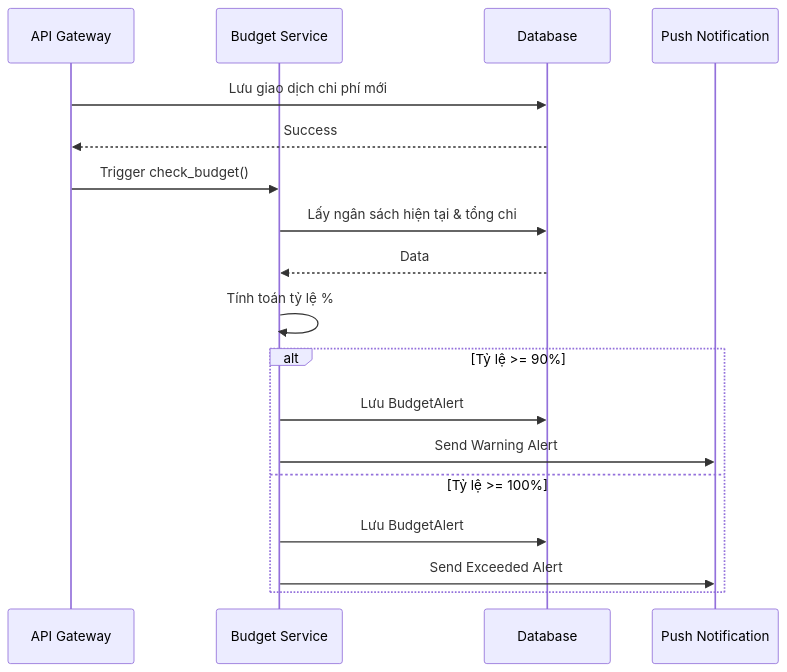
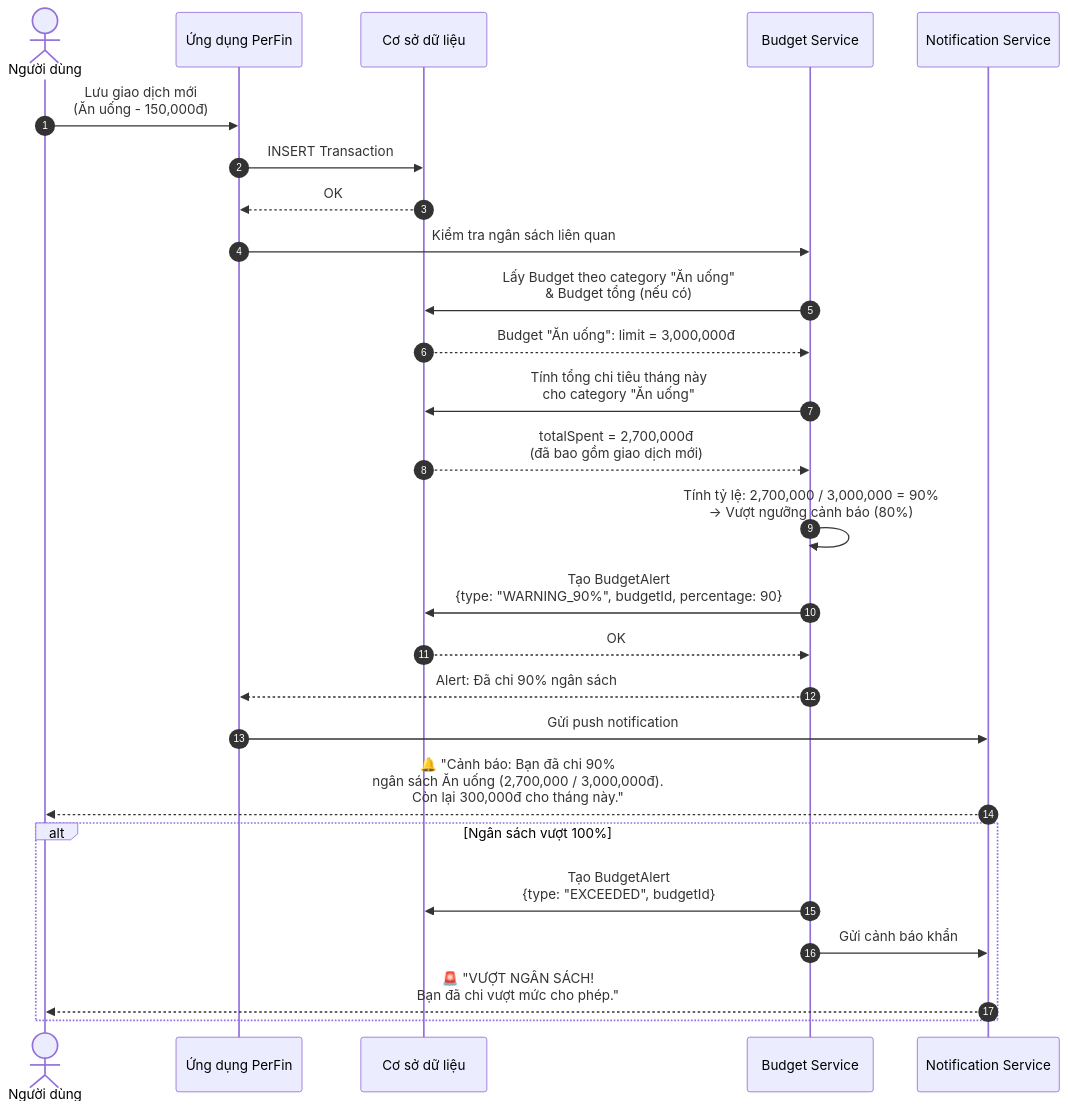
The fifth of 8 diagrams in NIÊN LUẬN/diagrams/mermaid/sequence-diagrams.md (ngthtrong/perfin-nienluan), drawn with Mermaid before and after one commit. The commit also changed other lines of this file and 25 other files, not shown here.

Commit message:
Delete REQ-10 Collaboration document and update SRS with new structure and diagrams

````diff
--- a/NIÊN LUẬN/diagrams/mermaid/sequence-diagrams.md
+++ b/NIÊN LUẬN/diagrams/mermaid/sequence-diagrams.md
@@ -67,22 +158,37 @@
 ```mermaid
 sequenceDiagram
-    participant API as API Gateway
-    participant Budget as Budget Service
-    participant DB as Database
-    participant Notification as Push Notification
+    autonumber
+    actor User as Người dùng
+    participant App as Ứng dụng PerFin
+    participant DB as Cơ sở dữ liệu
+    participant BudgetSvc as Budget Service
+    participant Notif as Notification Service
 
-    API->>DB: Lưu giao dịch chi phí mới
-    DB-->>API: Success
-    API->>Budget: Trigger check_budget()
-    Budget->>DB: Lấy ngân sách hiện tại & tổng chi
-    DB-->>Budget: Data
-    Budget->>Budget: Tính toán tỷ lệ %
-    
-    alt Tỷ lệ >= 90%
-        Budget->>DB: Lưu BudgetAlert
-        Budget->>Notification: Send Warning Alert
-    else Tỷ lệ >= 100%
-        Budget->>DB: Lưu BudgetAlert
-        Budget->>Notification: Send Exceeded Alert
+    User->>App: Lưu giao dịch mới<br/>(Ăn uống - 150,000đ)
+    App->>DB: INSERT Transaction
+    DB-->>App: OK
+
+    App->>BudgetSvc: Kiểm tra ngân sách liên quan
+
+    BudgetSvc->>DB: Lấy Budget theo category "Ăn uống"<br/>& Budget tổng (nếu có)
+    DB-->>BudgetSvc: Budget "Ăn uống": limit = 3,000,000đ
+
+    BudgetSvc->>DB: Tính tổng chi tiêu tháng này<br/>cho category "Ăn uống"
+    DB-->>BudgetSvc: totalSpent = 2,700,000đ<br/>(đã bao gồm giao dịch mới)
+
+    BudgetSvc->>BudgetSvc: Tính tỷ lệ: 2,700,000 / 3,000,000 = 90%<br/>→ Vượt ngưỡng cảnh báo (80%)
+
+    BudgetSvc->>DB: Tạo BudgetAlert<br/>{type: "WARNING_90%", budgetId, percentage: 90}
+    DB-->>BudgetSvc: OK
+
+    BudgetSvc-->>App: Alert: Đã chi 90% ngân sách
+
+    App->>Notif: Gửi push notification
+    Notif-->>User: 🔔 "Cảnh báo: Bạn đã chi 90%<br/>ngân sách Ăn uống (2,700,000 / 3,000,000đ).<br/>Còn lại 300,000đ cho tháng này."
+
+    alt Ngân sách vượt 100%
+        BudgetSvc->>DB: Tạo BudgetAlert<br/>{type: "EXCEEDED", budgetId}
+        BudgetSvc->>Notif: Gửi cảnh báo khẩn
+        Notif-->>User: 🚨 "VƯỢT NGÂN SÁCH!<br/>Bạn đã chi vượt mức cho phép."
     end
 ```
````
